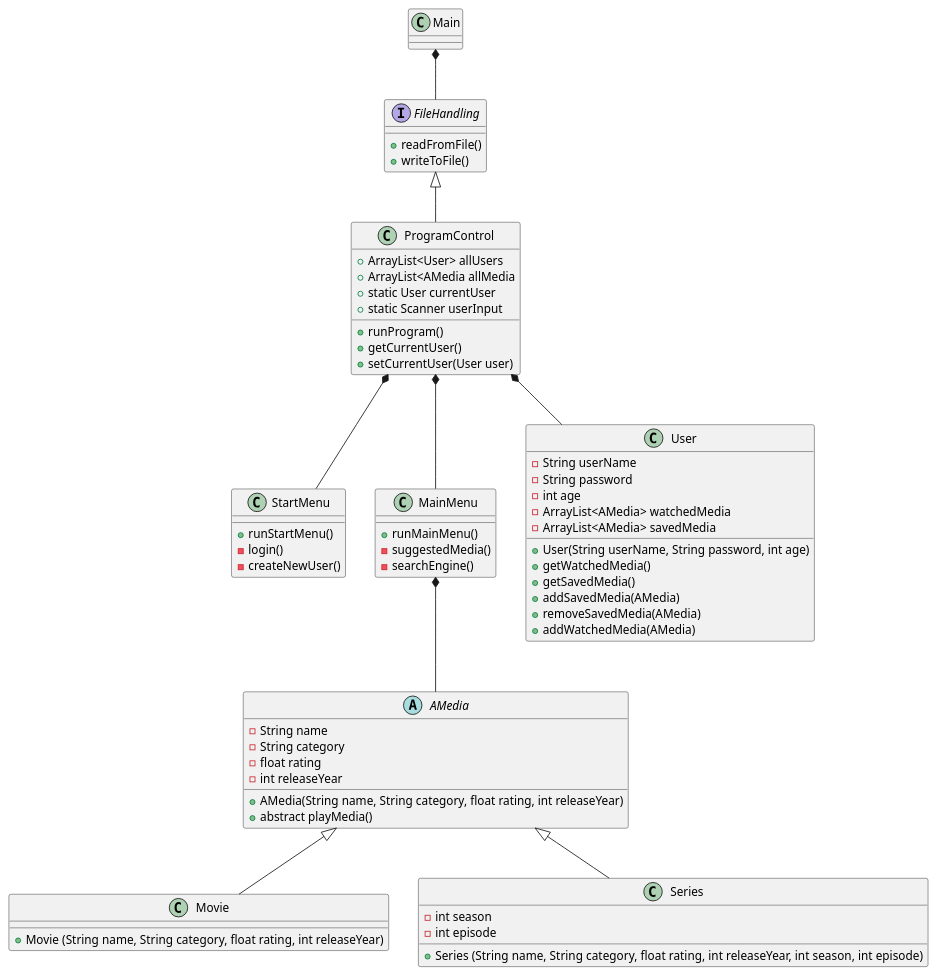
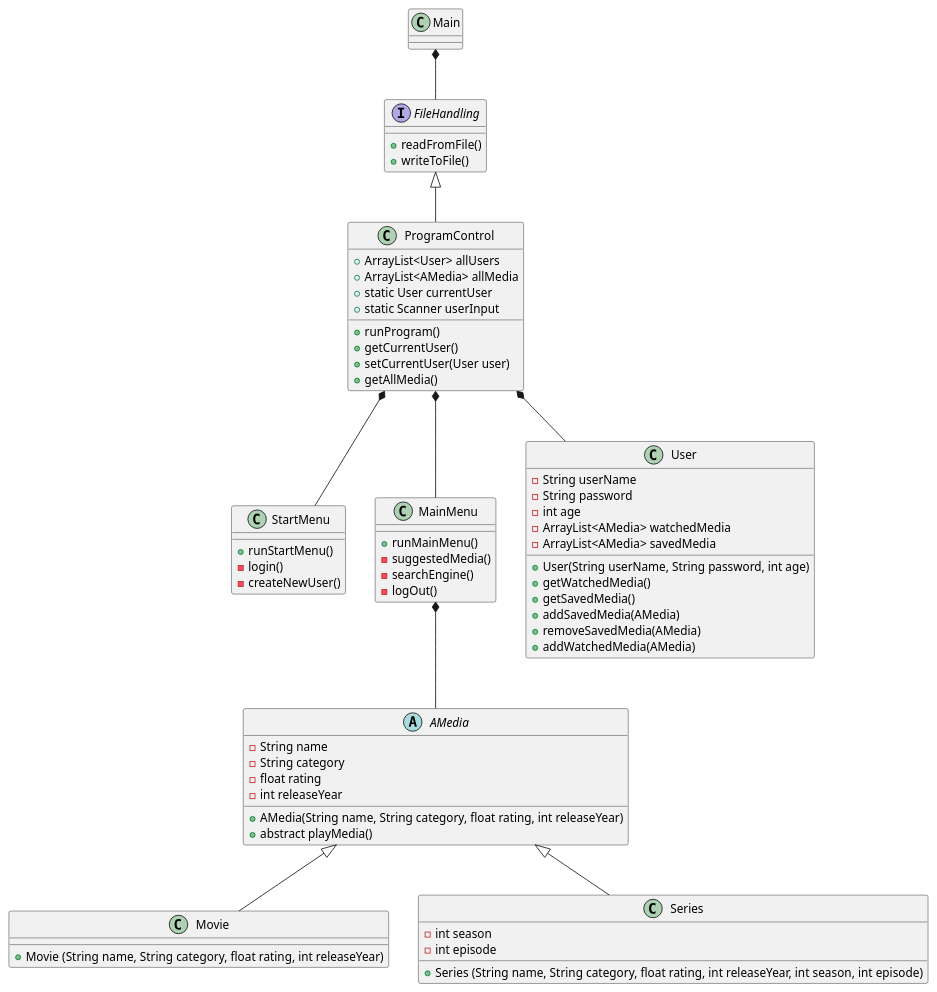
The diagram in Design/Streamingservice design.puml (MrJustMeDahl/SP3---Streamingtjeneste), drawn with PlantUML before and after one commit. The commit also changed 2 other files, not shown here.

Commit message:
Sequence diagram
Made sequence diagram

```diff
--- a/Design/Streamingservice design.puml
+++ b/Design/Streamingservice design.puml
@@ -1,73 +1,75 @@
 @startuml
 class Main
 Main *-- FileHandling
 FileHandling <|-- ProgramControl
 ProgramControl *-- StartMenu
 ProgramControl *-- MainMenu
 ProgramControl *-- User
 
 MainMenu *-- AMedia
 AMedia <|-- Movie
 AMedia <|-- Series
 
 class ProgramControl{
 + ArrayList<User> allUsers
-+ ArrayList<AMedia allMedia
++ ArrayList<AMedia> allMedia
 + static User currentUser
 + static Scanner userInput
 + runProgram()
 + getCurrentUser()
 + setCurrentUser(User user)
++ getAllMedia()
 }
 
 class StartMenu{
 + runStartMenu()
 - login()
 - createNewUser()
 }
 
 class MainMenu{
 + runMainMenu()
 - suggestedMedia()
 - searchEngine()
+- logOut()
 }
 
 abstract class AMedia{
 - String name
 - String category
 - float rating
 - int releaseYear
 + AMedia(String name, String category, float rating, int releaseYear)
 + abstract playMedia()
 }
 
 class Movie{
 + Movie (String name, String category, float rating, int releaseYear)
 }
 
 class Series{
 - int season
 - int episode
 + Series (String name, String category, float rating, int releaseYear, int season, int episode)
 }
 
 class User{
 - String userName
 - String password
 - int age
 - ArrayList<AMedia> watchedMedia
 - ArrayList<AMedia> savedMedia
 + User(String userName, String password, int age)
 + getWatchedMedia()
 + getSavedMedia()
 + addSavedMedia(AMedia)
 + removeSavedMedia(AMedia)
 + addWatchedMedia(AMedia)
 }
 
 interface FileHandling{
 + readFromFile()
 + writeToFile()
 }
 
 @enduml
```
